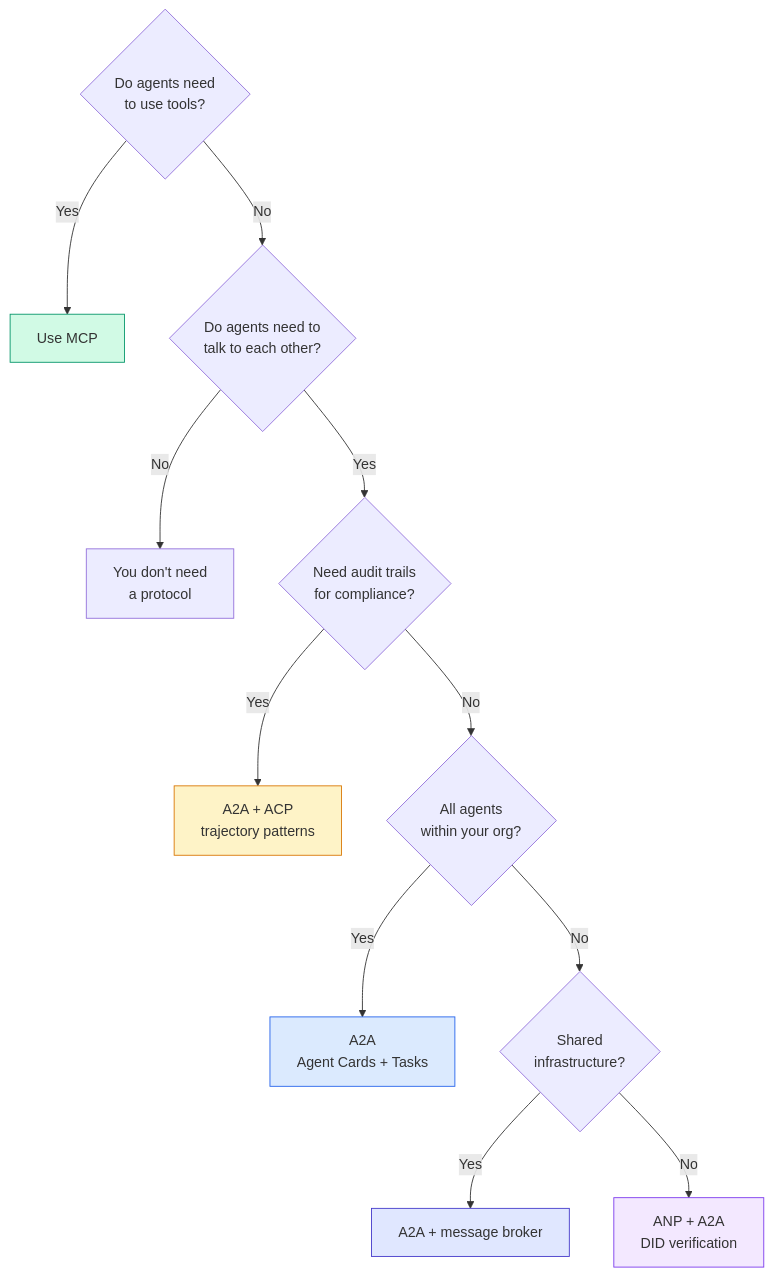
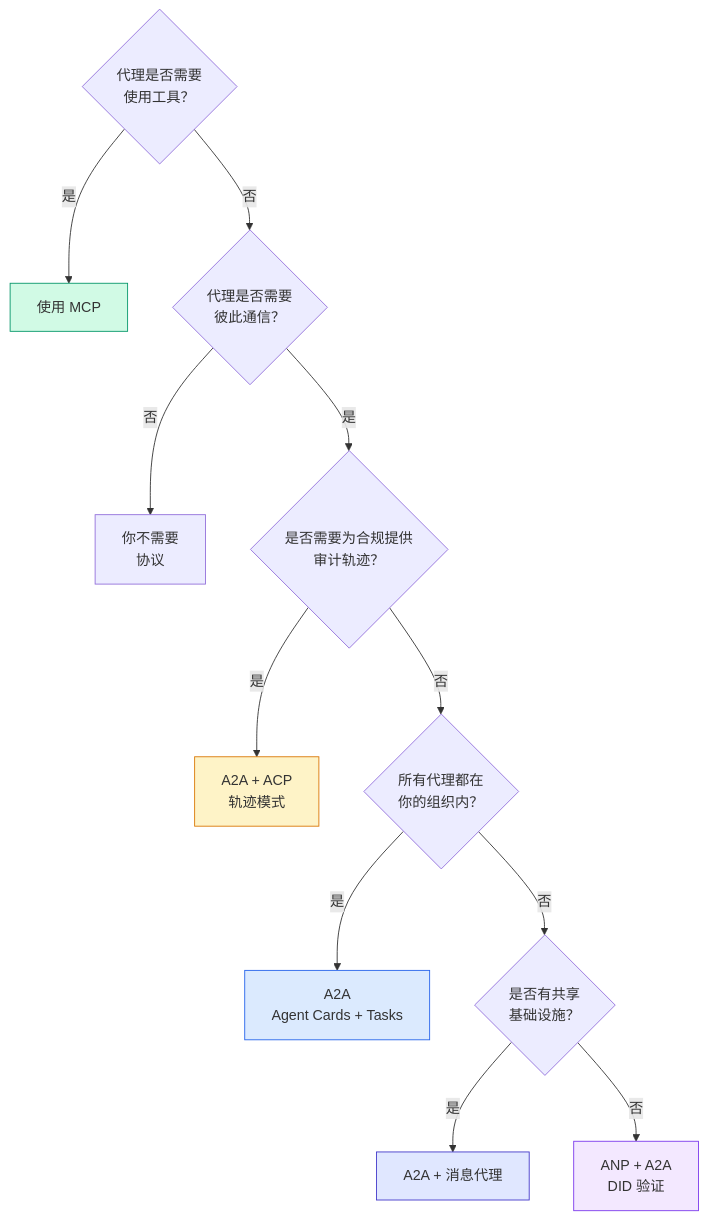
One commit to cq0206/ai-engineering-from-scratch changed diagram 13 of 13 in phases/16-multi-agent-and-swarms/03-communication-protocols.md. Above: the diagram before and after it, drawn with Mermaid. The commit also changed other lines of this file and 16 other files, not shown here.

````diff
--- a/phases/16-multi-agent-and-swarms/03-communication-protocols.md
+++ b/phases/16-multi-agent-and-swarms/03-communication-protocols.md
@@ -1450,20 +1450,20 @@
 ```mermaid
 graph TD
-    START{Do agents need<br/>to use tools?}
-    START -->|Yes| MCP_R[Use MCP]
-    START -->|No| TALK{Do agents need to<br/>talk to each other?}
-    TALK -->|No| NONE[You don't need<br/>a protocol]
-    TALK -->|Yes| AUDIT{Need audit trails<br/>for compliance?}
-    AUDIT -->|Yes| ACP_R[A2A + ACP<br/>trajectory patterns]
-    AUDIT -->|No| ORG{All agents<br/>within your org?}
-    ORG -->|Yes| A2A_R[A2A<br/>Agent Cards + Tasks]
-    ORG -->|No| INFRA{Shared<br/>infrastructure?}
-    INFRA -->|Yes| BROKER[A2A + message broker]
-    INFRA -->|No| ANP_R[ANP + A2A<br/>DID verification]
+    START{代理是否需要<br/>使用工具？}
+    START -->|是| MCP_R[使用 MCP]
+    START -->|否| TALK{代理是否需要<br/>彼此通信？}
+    TALK -->|否| NONE[你不需要<br/>协议]
+    TALK -->|是| AUDIT{是否需要为合规提供<br/>审计轨迹？}
+    AUDIT -->|是| ACP_R[A2A + ACP<br/>轨迹模式]
+    AUDIT -->|否| ORG{所有代理都在<br/>你的组织内？}
+    ORG -->|是| A2A_R[A2A<br/>Agent Cards + Tasks]
+    ORG -->|否| INFRA{是否有共享<br/>基础设施？}
+    INFRA -->|是| BROKER[A2A + 消息代理]
+    INFRA -->|否| ANP_R[ANP + A2A<br/>DID 验证]
 
     style MCP_R fill:#d1fae5,stroke:#059669
     style A2A_R fill:#dbeafe,stroke:#2563eb
     style ACP_R fill:#fef3c7,stroke:#d97706
     style ANP_R fill:#f3e8ff,stroke:#7c3aed
     style BROKER fill:#e0e7ff,stroke:#4338ca
 ```
````
